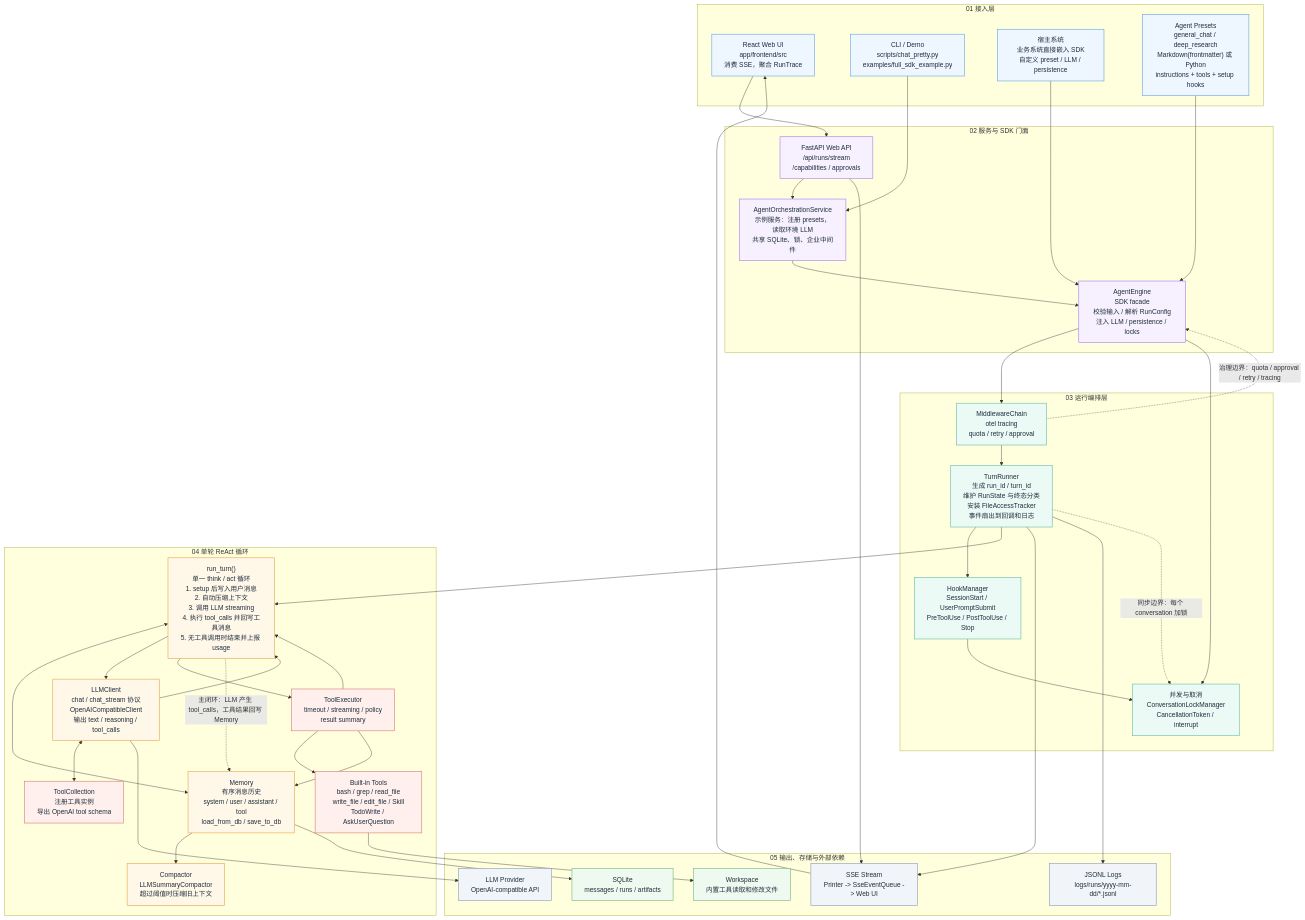
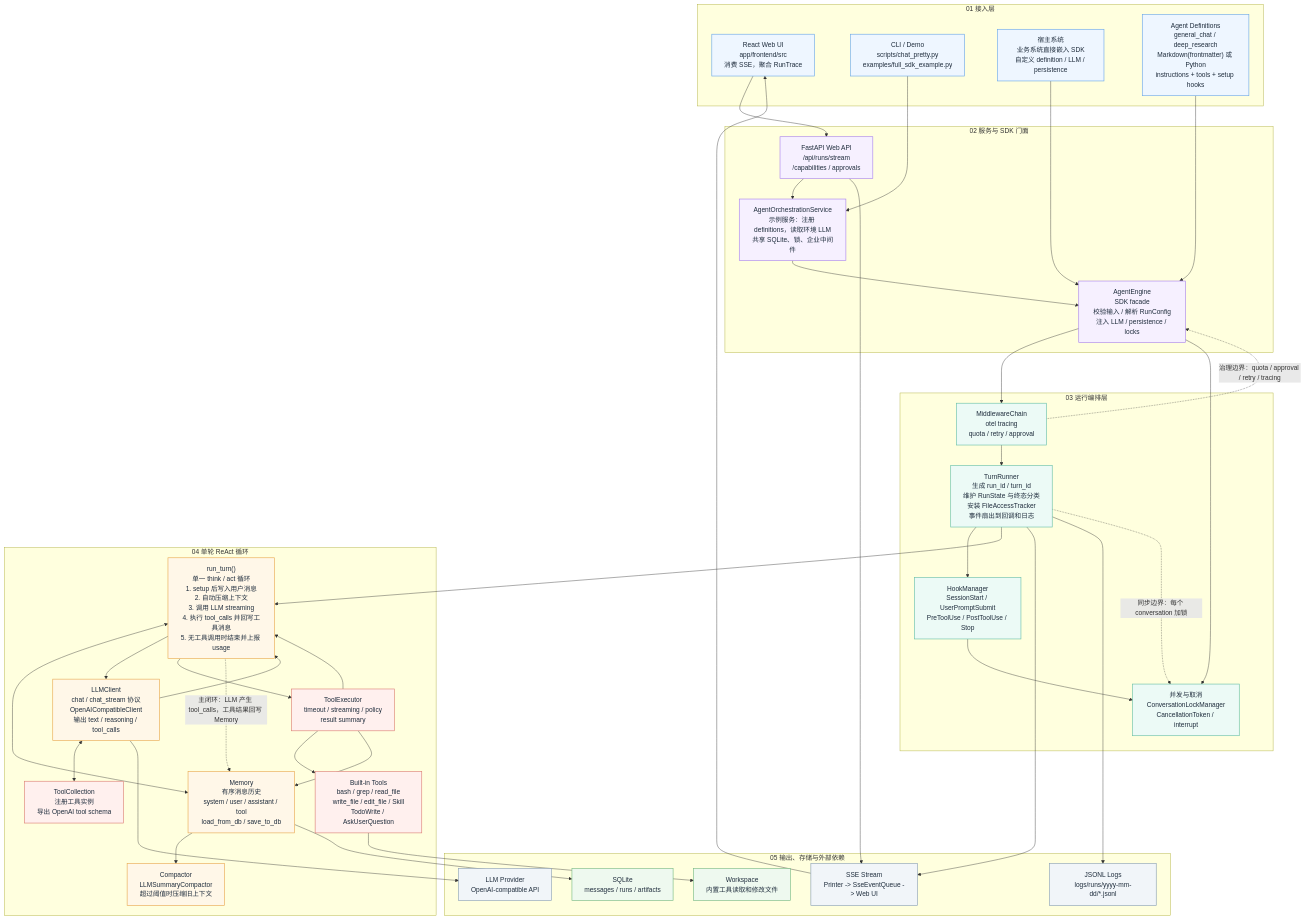
One commit to Aibd/AgentEngine changed the diagram in docs/agentengine-architecture.md. Above: the diagram before and after it, drawn with Mermaid. The commit also changed other lines of this file and 23 other files, not shown here.

First line of the commit message:
refactor: 重命名 AgentPreset → AgentDefinition，与 Claude Code SDK 对齐

```diff
--- a/docs/agentengine-architecture.md
+++ b/docs/agentengine-architecture.md
@@ -15,14 +15,14 @@
     subgraph L1["01 接入层"]
         Web["React Web UI<br/>app/frontend/src<br/>消费 SSE，聚合 RunTrace"]:::client
         CLI["CLI / Demo<br/>scripts/chat_pretty.py<br/>examples/full_sdk_example.py"]:::client
-        Host["宿主系统<br/>业务系统直接嵌入 SDK<br/>自定义 preset / LLM / persistence"]:::client
-        Presets["Agent Presets<br/>general_chat / deep_research<br/>Markdown(frontmatter) 或 Python<br/>instructions + tools + setup hooks"]:::client
+        Host["宿主系统<br/>业务系统直接嵌入 SDK<br/>自定义 definition / LLM / persistence"]:::client
+        Definitions["Agent Definitions<br/>general_chat / deep_research<br/>Markdown(frontmatter) 或 Python<br/>instructions + tools + setup hooks"]:::client
     end
 
     %% ========== 02 Service ==========
     subgraph L2["02 服务与 SDK 门面"]
         API["FastAPI Web API<br/>/api/runs/stream<br/>/capabilities / approvals"]:::service
-        Orchestration["AgentOrchestrationService<br/>示例服务：注册 presets，读取环境 LLM<br/>共享 SQLite、锁、企业中间件"]:::service
+        Orchestration["AgentOrchestrationService<br/>示例服务：注册 definitions，读取环境 LLM<br/>共享 SQLite、锁、企业中间件"]:::service
         Engine["AgentEngine<br/>SDK facade<br/>校验输入 / 解析 RunConfig<br/>注入 LLM / persistence / locks"]:::service
     end
 
@@ -58,7 +58,7 @@
     Web --> API
     CLI --> Orchestration
     Host --> Engine
-    Presets --> Engine
+    Definitions --> Engine
     API --> Orchestration --> Engine
     Engine --> Middleware --> Runner
     Engine --> Control
```
